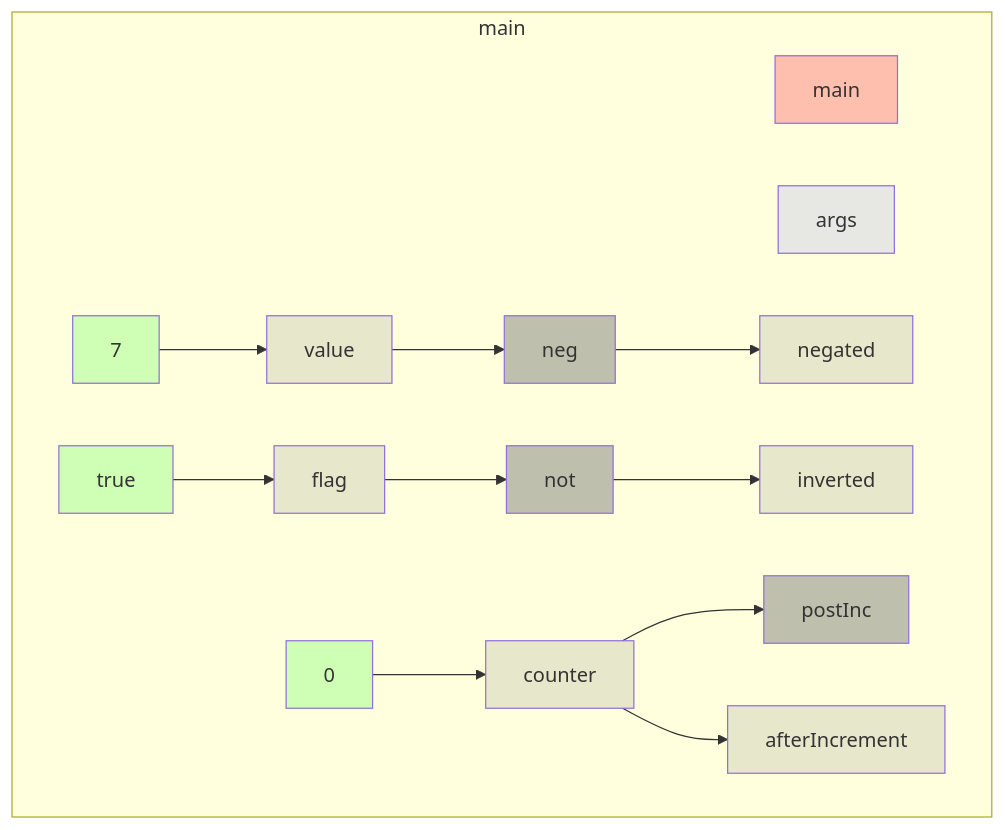
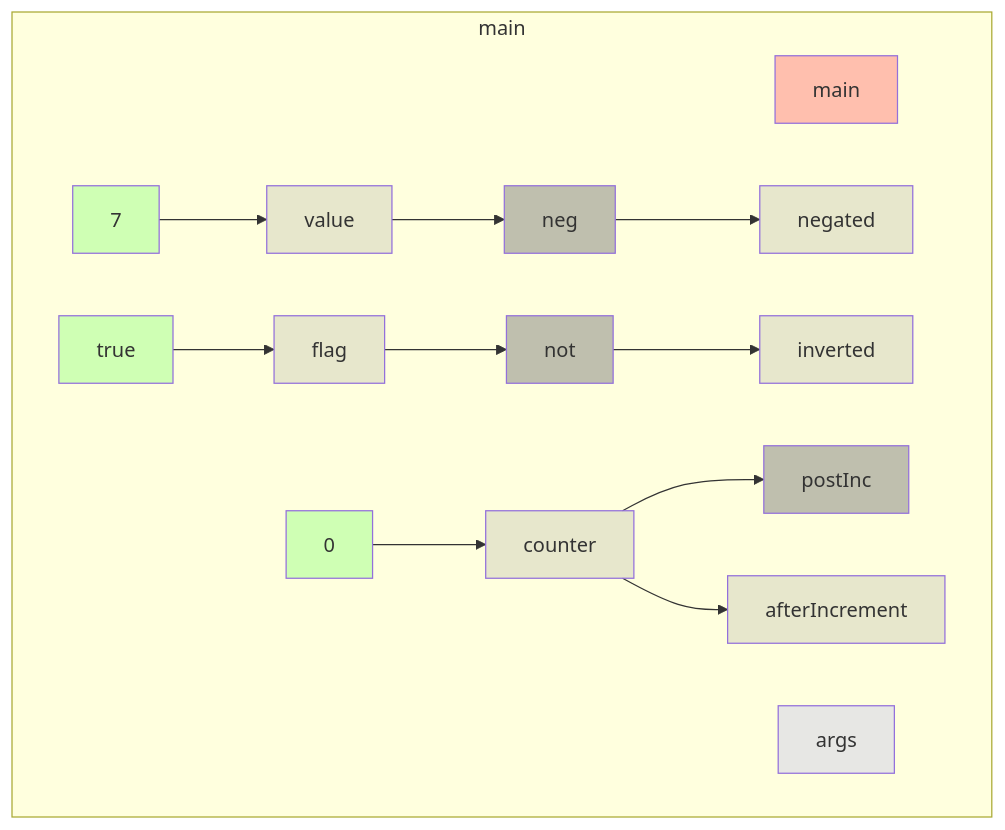
The diagram in app/src/test/resources/unary/truth.md (gstiebler/codeflow), drawn with Mermaid before and after one commit. The commit also changed 22 other files, not shown here.

````diff
--- a/app/src/test/resources/unary/truth.md
+++ b/app/src/test/resources/unary/truth.md
@@ -1,34 +1,34 @@
 ```mermaid
 flowchart TD
-  subgraph 4309014["main"]
-    -14940633005[afterIncrement]:::VARIABLE
-    -5696010009[postInc]:::BIN_OP
-    56853577[main]:::RETURN
-    954821337[7]:::LITERAL
-    954944284[0]:::LITERAL
-    956733147[neg]:::BIN_OP
-    956771344[not]:::BIN_OP
-    1005752563[args]:::FUNC_PARAM
-    1008298390[flag]:::VARIABLE
-    1015523929[true]:::LITERAL
-    2858330860[value]:::VARIABLE
-    11625359449[inverted]:::VARIABLE
-    17238060612[counter]:::VARIABLE
-    32078938741[negated]:::VARIABLE
-    954821337[7]:::LITERAL --> 2858330860[value]:::VARIABLE
-    954944284[0]:::LITERAL --> 17238060612[counter]:::VARIABLE
-    956733147[neg]:::BIN_OP --> 32078938741[negated]:::VARIABLE
-    956771344[not]:::BIN_OP --> 11625359449[inverted]:::VARIABLE
-    1008298390[flag]:::VARIABLE --> 956771344[not]:::BIN_OP
-    1015523929[true]:::LITERAL --> 1008298390[flag]:::VARIABLE
-    2858330860[value]:::VARIABLE --> 956733147[neg]:::BIN_OP
-    17238060612[counter]:::VARIABLE --> -5696010009[postInc]:::BIN_OP
-    17238060612[counter]:::VARIABLE --> -14940633005[afterIncrement]:::VARIABLE
+  subgraph b0["main"]
+    n1[main]:::RETURN
+    n2[args]:::FUNC_PARAM
+    n3[value]:::VARIABLE
+    n4[7]:::LITERAL
+    n5[flag]:::VARIABLE
+    n6[true]:::LITERAL
+    n7[negated]:::VARIABLE
+    n8[neg]:::BIN_OP
+    n9[inverted]:::VARIABLE
+    n10[not]:::BIN_OP
+    n11[counter]:::VARIABLE
+    n12[0]:::LITERAL
+    n13[postInc]:::BIN_OP
+    n14[afterIncrement]:::VARIABLE
+    n3[value]:::VARIABLE --> n8[neg]:::BIN_OP
+    n4[7]:::LITERAL --> n3[value]:::VARIABLE
+    n5[flag]:::VARIABLE --> n10[not]:::BIN_OP
+    n6[true]:::LITERAL --> n5[flag]:::VARIABLE
+    n8[neg]:::BIN_OP --> n7[negated]:::VARIABLE
+    n10[not]:::BIN_OP --> n9[inverted]:::VARIABLE
+    n11[counter]:::VARIABLE --> n13[postInc]:::BIN_OP
+    n11[counter]:::VARIABLE --> n14[afterIncrement]:::VARIABLE
+    n12[0]:::LITERAL --> n11[counter]:::VARIABLE
   end
   classDef LITERAL fill:#00FF0030
   classDef VARIABLE fill:#80808030
   classDef BIN_OP fill:#80808080
   classDef FUNC_PARAM fill:#8080FF30
   classDef RETURN fill:#FF808080
   classDef EXTERNAL fill:#FFA50040
 ```
````
